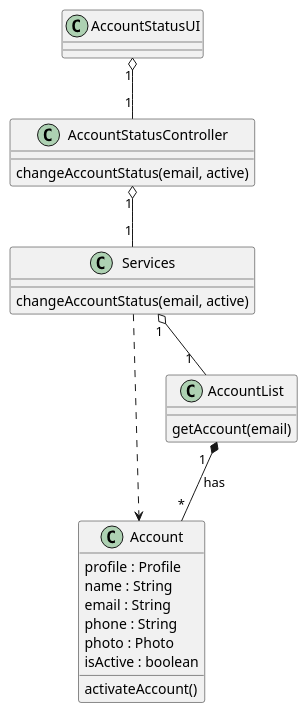
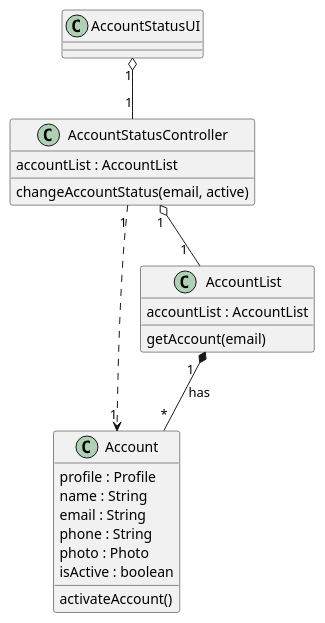
One commit to ivo-menezes/project_g3 changed the diagram in docs/modelling_design/user_stories/us006/US006_ActivateUserAccountCD.puml. Above: the diagram before and after it, drawn with PlantUML. The commit also changed 3 other files, not shown here.

```diff
--- a/docs/modelling_design/user_stories/us006/US006_ActivateUserAccountCD.puml
+++ b/docs/modelling_design/user_stories/us006/US006_ActivateUserAccountCD.puml
@@ -1,34 +1,31 @@
 @startuml
 
 class AccountStatusUI {
 }
 
 class Account {
 profile : Profile
 name : String
 email : String
 phone : String
 photo : Photo
 isActive : boolean
 activateAccount()
 }
 
 class AccountStatusController {
-changeAccountStatus(email, active)
-}
-
-class Services {
+accountList : AccountList
 changeAccountStatus(email, active)
 }
 
 class "AccountList" {
+accountList : AccountList
 getAccount(email)
 }
 
-Services ..> Account
-Services "1" o-- "1  " "AccountList"
+AccountStatusController "1"..> "1" Account
+AccountStatusController "1" o-- "1  " "AccountList"
 AccountList "1  " *-- "*" Account : has
-AccountStatusController "1" o-- "1" Services
 AccountStatusUI "1" o-- "1" AccountStatusController
 
 @enduml
```
